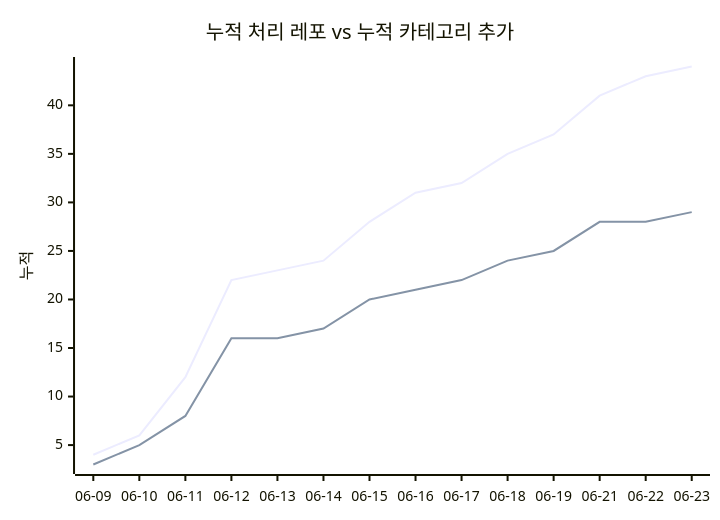
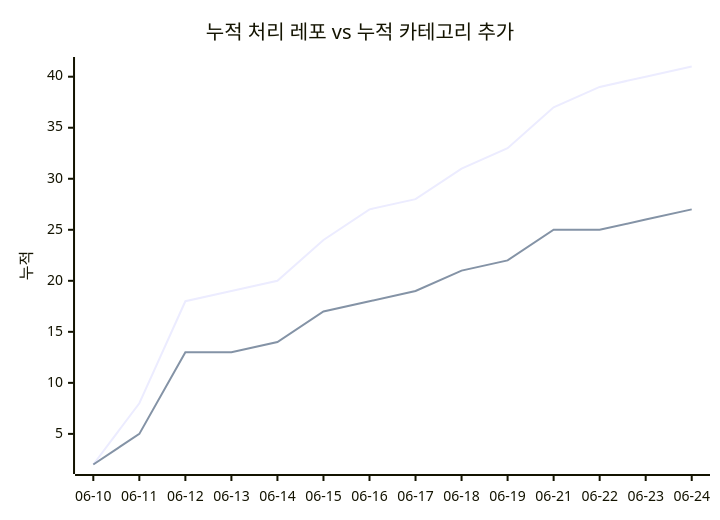
The second of 2 diagrams in docs/trends.md (J-nowcow/awesome-korean-agent-skills), drawn with Mermaid before and after one commit. The commit also changed other lines of this file and 4 other files, not shown here.

````diff
--- a/docs/trends.md
+++ b/docs/trends.md
@@ -68,8 +68,8 @@
 ```mermaid
 xychart-beta
     title "누적 처리 레포 vs 누적 카테고리 추가"
-    x-axis ["06-09","06-10","06-11","06-12","06-13","06-14","06-15","06-16","06-17","06-18","06-19","06-21","06-22","06-23"]
+    x-axis ["06-10","06-11","06-12","06-13","06-14","06-15","06-16","06-17","06-18","06-19","06-21","06-22","06-23","06-24"]
     y-axis "누적"
-    line [4,6,12,22,23,24,28,31,32,35,37,41,43,44]
-    line [3,5,8,16,16,17,20,21,22,24,25,28,28,29]
+    line [2,8,18,19,20,24,27,28,31,33,37,39,40,41]
+    line [2,5,13,13,14,17,18,19,21,22,25,25,26,27]
 ```
````
